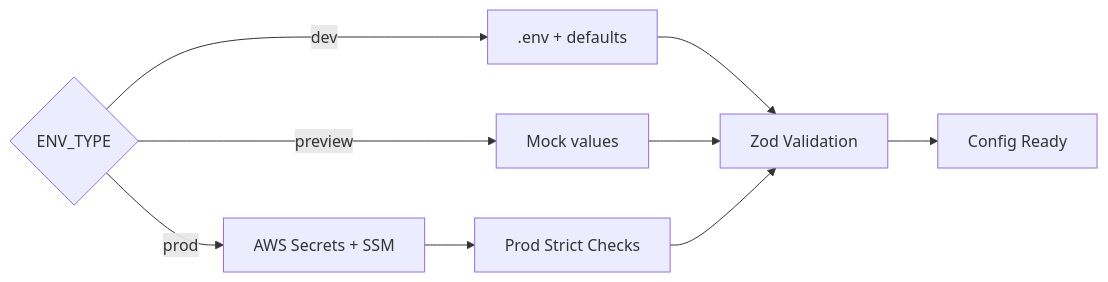
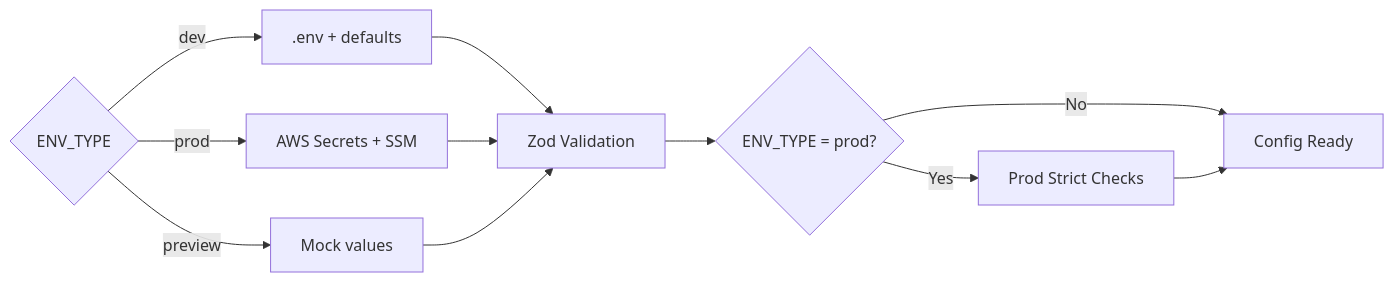
The third of 4 diagrams in apps/web/docs/concepts/architecture.md (kunalPisolkar24/detectAI), drawn with Mermaid before and after one commit. The commit also changed other lines of this file and 13 other files, not shown here.

````diff
--- a/apps/web/docs/concepts/architecture.md
+++ b/apps/web/docs/concepts/architecture.md
@@ -212,14 +250,16 @@
 ```mermaid
 graph LR
     ENV{ENV_TYPE}
     ENV -->|dev| Dev[.env + defaults]
     ENV -->|prod| Prod[AWS Secrets + SSM]
     ENV -->|preview| Preview[Mock values]
 
     Dev --> Zod[Zod Validation]
-    Prod --> Strict[Prod Strict Checks]
+    Prod --> Zod
     Preview --> Zod
-    Strict --> Zod
 
-    Zod --> Ready[Config Ready]
+    Zod --> Strict{ENV_TYPE = prod?}
+    Strict -->|Yes| ProdStrict[Prod Strict Checks]
+    Strict -->|No| Ready[Config Ready]
+    ProdStrict --> Ready
 ```
````
